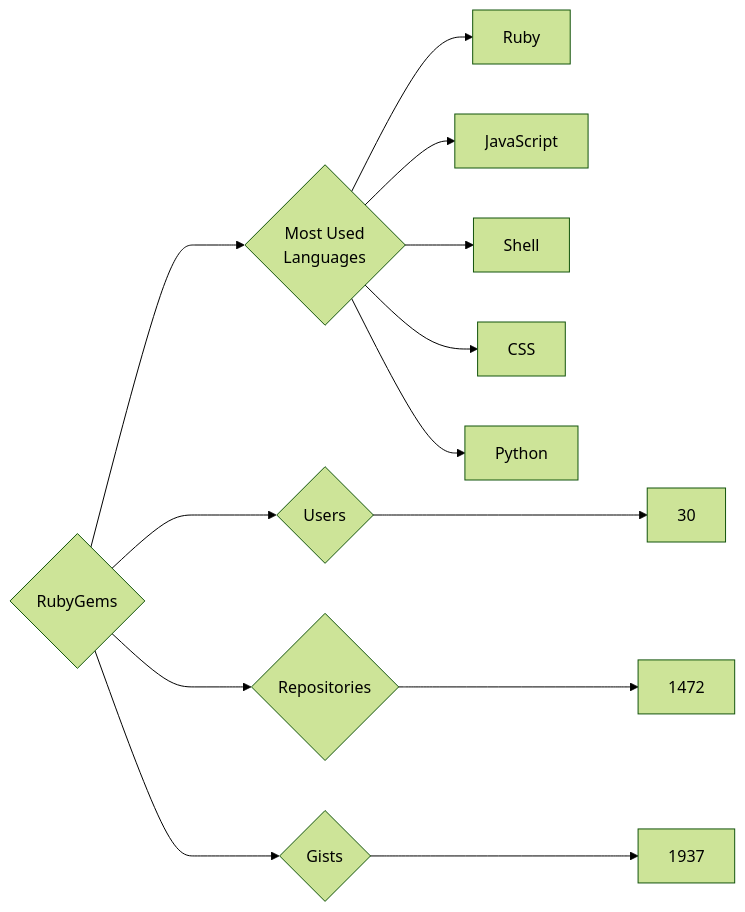
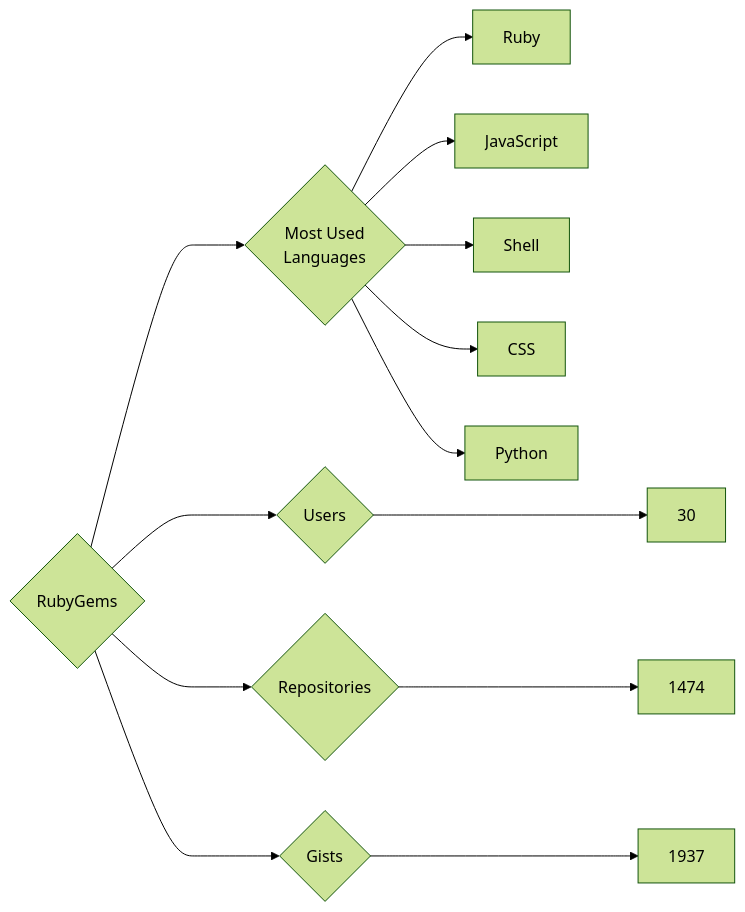
The diagram in targets/RubyGems/README.md (trickest/insiders), drawn with Mermaid (forest theme) before and after one commit. The commit also changed 770 other files, not shown here.

````diff
--- a/targets/RubyGems/README.md
+++ b/targets/RubyGems/README.md
@@ -3,13 +3,13 @@
 ```mermaid
 graph LR
 COMPANY_NAME{RubyGems}
 COMPANY_NAME ---> U{Users} ---> UN[30]
-COMPANY_NAME ---> R{Repositories} ---> RN[1472]
+COMPANY_NAME ---> R{Repositories} ---> RN[1474]
 COMPANY_NAME ---> G{Gists} ---> GN[1937]
 COMPANY_NAME ---> ML{Most Used<br>Languages}
 ML --> Ruby[Ruby]
 ML --> JavaScript[JavaScript]
 ML --> Shell[Shell]
 ML --> CSS[CSS]
 ML --> Python[Python]
 ```
````
